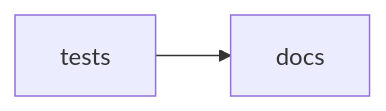
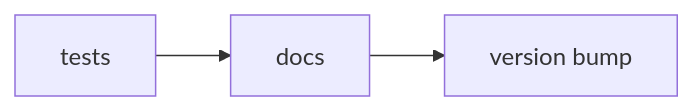
One commit to KleinMisha/trace-selection-gui changed the diagram in README.md. Above: the diagram before and after it, drawn with Mermaid. The commit also changed other lines of this file and 2 other files, not shown here.

````diff
--- a/README.md
+++ b/README.md
@@ -76,5 +76,5 @@
 ```mermaid 
 flowchart LR 
 
-tests  --> docs 
+tests  --> docs --> Version[version bump]
 ```
````
